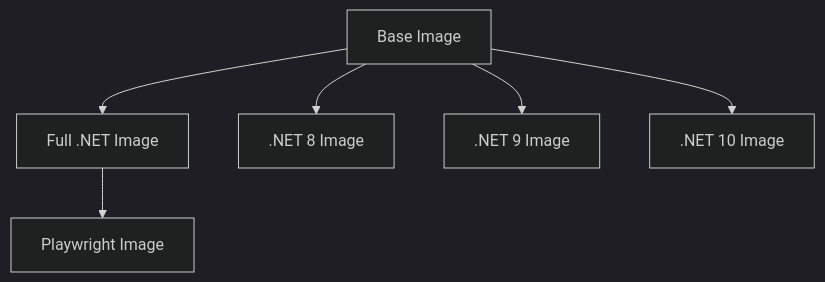
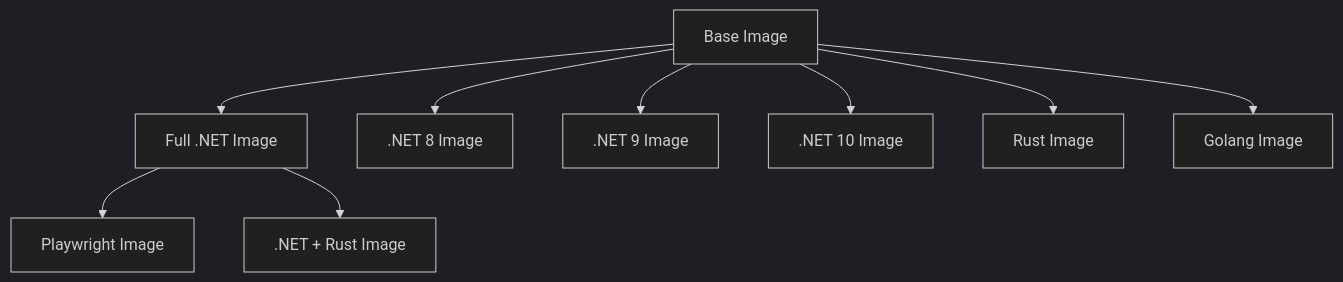
Before and after one commit to GordonBeeming/copilot_here: the diagram in docs/docker-images.md, drawn with Mermaid (dark theme). The commit also changed other lines of this file and 11 other files, not shown here.

Commit message:
feat: Add Golang support with new image variant and CLI integration (#56)

````diff
--- a/docs/docker-images.md
+++ b/docs/docker-images.md
@@ -53,8 +83,11 @@
 ```mermaid
 graph TD
     Base[Base Image] --> Dotnet[Full .NET Image]
     Base --> Dotnet8[.NET 8 Image]
     Base --> Dotnet9[.NET 9 Image]
     Base --> Dotnet10[.NET 10 Image]
+    Base --> Rust[Rust Image]
+    Base --> Golang[Golang Image]
     Dotnet --> Playwright[Playwright Image]
+    Dotnet --> DotnetRust[.NET + Rust Image]
 ```
````
